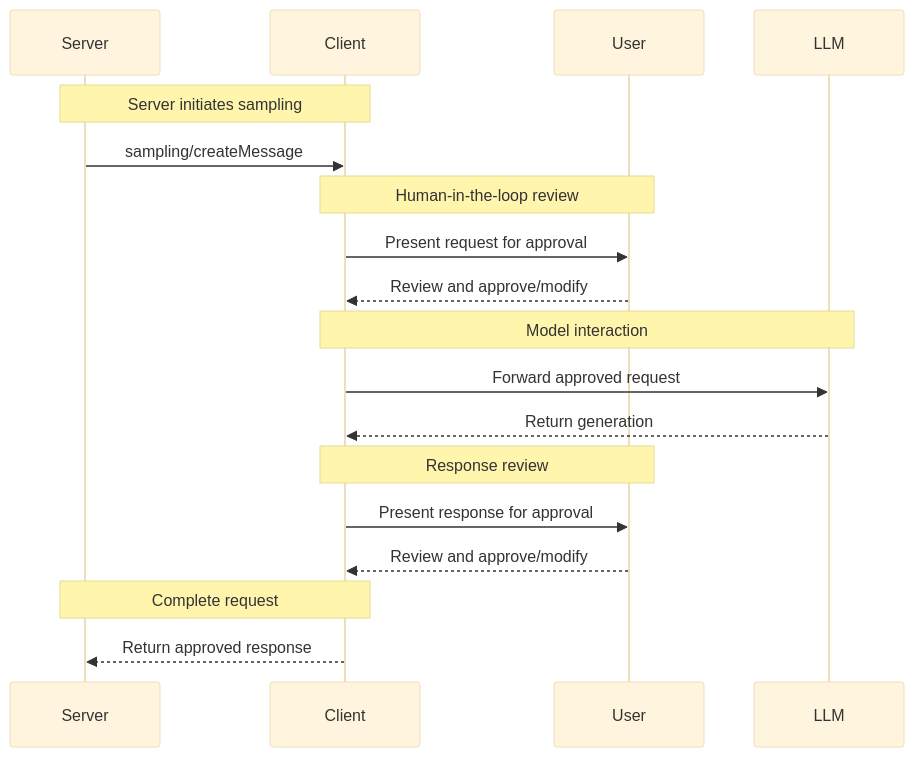
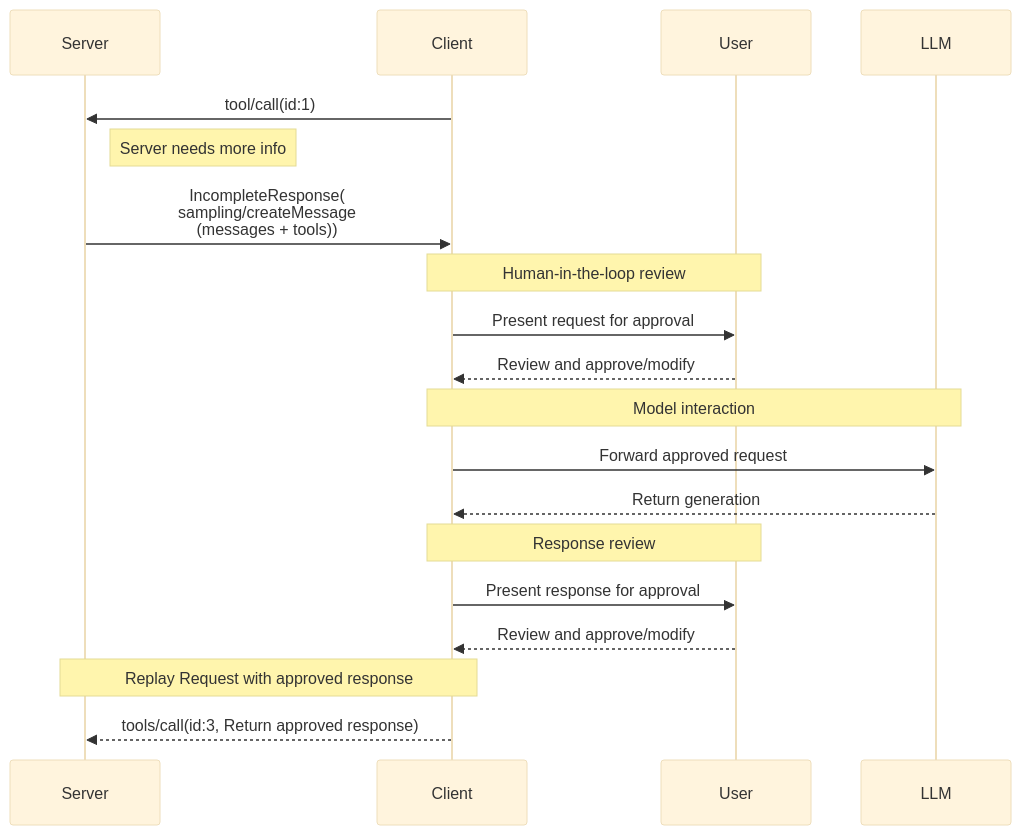
One commit to NickCollect/ai-coding-runbook changed the second of 2 diagrams in 01_Raw/github/modelcontextprotocol/modelcontextprotocol/docs/specification/draft/client/sampling.mdx. Above: the diagram before and after it, drawn with Mermaid (base theme). The commit also changed other lines of this file and 50 other files, not shown here.

````diff
--- a/01_Raw/github/modelcontextprotocol/modelcontextprotocol/docs/specification/draft/client/sampling.mdx
+++ b/01_Raw/github/modelcontextprotocol/modelcontextprotocol/docs/specification/draft/client/sampling.mdx
@@ -501,25 +490,26 @@
 ```mermaid
 sequenceDiagram
     participant Server
     participant Client
     participant User
     participant LLM
 
-    Note over Server,Client: Server initiates sampling
-    Server->>Client: sampling/createMessage
+    Client->>Server: tool/call(id:1)
+    note right of Server: Server needs more info
+    Server->>Client: IncompleteResponse(<br/>sampling/createMessage<br/>(messages + tools))
 
     Note over Client,User: Human-in-the-loop review
     Client->>User: Present request for approval
     User-->>Client: Review and approve/modify
 
     Note over Client,LLM: Model interaction
     Client->>LLM: Forward approved request
     LLM-->>Client: Return generation
 
     Note over Client,User: Response review
     Client->>User: Present response for approval
     User-->>Client: Review and approve/modify
 
-    Note over Server,Client: Complete request
-    Client-->>Server: Return approved response
+    Note over Server,Client: Replay Request with approved response
+    Client-->>Server: tools/call(id:3, Return approved response)
 ```
````
